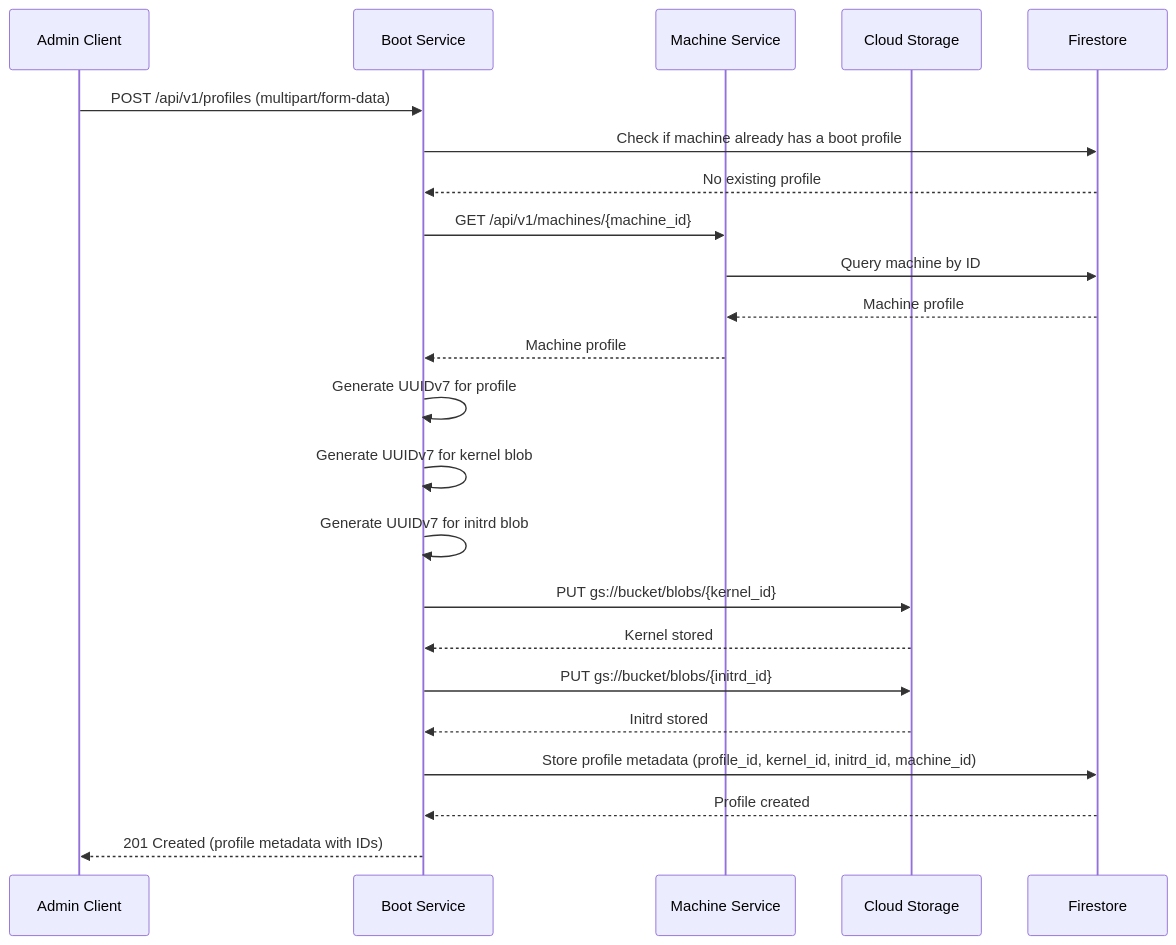
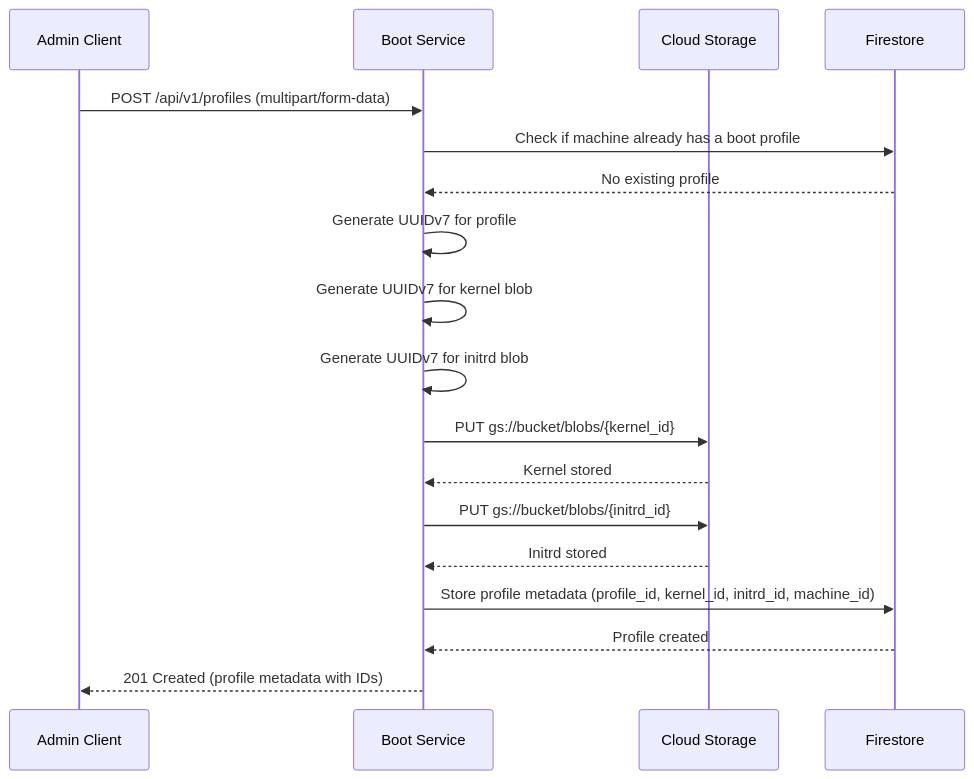
Before and after one commit to Zaba505/infra: the diagram in docs/content/r&d/services/boot/post-profiles.md, drawn with Mermaid. The commit also changed 1 other file, not shown here.

Commit message:
docs(issue-605): align endpoints to admin config workflow

````diff
--- a/docs/content/r&d/services/boot/post-profiles.md
+++ b/docs/content/r&d/services/boot/post-profiles.md
@@ -32,26 +32,21 @@
 ```mermaid
 sequenceDiagram
     participant Client as Admin Client
     participant Boot as Boot Service
-    participant Machine as Machine Service
     participant Storage as Cloud Storage
     participant DB as Firestore
 
     Client->>Boot: POST /api/v1/profiles (multipart/form-data)
     Boot->>DB: Check if machine already has a boot profile
     DB-->>Boot: No existing profile
-    Boot->>Machine: GET /api/v1/machines/{machine_id}
-    Machine->>DB: Query machine by ID
-    DB-->>Machine: Machine profile
-    Machine-->>Boot: Machine profile
     Boot->>Boot: Generate UUIDv7 for profile
     Boot->>Boot: Generate UUIDv7 for kernel blob
     Boot->>Boot: Generate UUIDv7 for initrd blob
     Boot->>Storage: PUT gs://bucket/blobs/{kernel_id}
     Storage-->>Boot: Kernel stored
     Boot->>Storage: PUT gs://bucket/blobs/{initrd_id}
     Storage-->>Boot: Initrd stored
     Boot->>DB: Store profile metadata (profile_id, kernel_id, initrd_id, machine_id)
     DB-->>Boot: Profile created
     Boot-->>Client: 201 Created (profile metadata with IDs)
 ```
````
